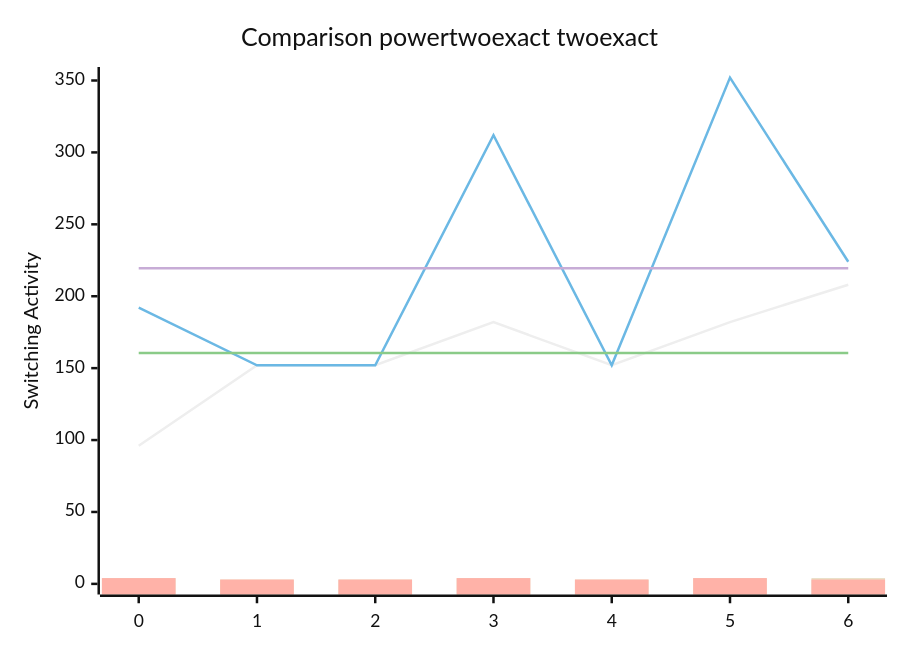
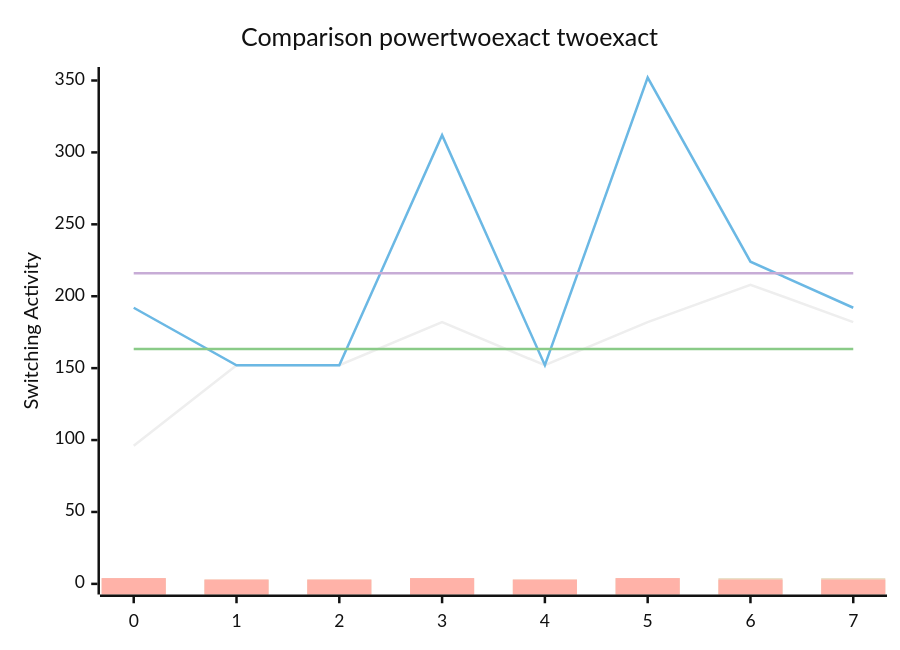
The diagram in benchmark.md (FeldmeierMichael/Exact-Power-Synthesis), drawn with Mermaid (neutral theme) before and after one commit. The commit also changed other lines of this file and 2 other files, not shown here.

````diff
--- a/benchmark.md
+++ b/benchmark.md
@@ -15,12 +17,12 @@
 ```mermaid
 xychart-beta
     title "Comparison powertwoexact twoexact"
-    x-axis [0, 1, 2, 3, 4, 5, 6]
+    x-axis [0, 1, 2, 3, 4, 5, 6, 7]
     y-axis "Switching Activity" 0-->352
-    line [96, 152, 152, 182, 152, 182, 208]
-    line [192, 152, 152, 312, 152, 352, 224]
-    line [160.57142857142858, 160.57142857142858, 160.57142857142858, 160.57142857142858, 160.57142857142858, 160.57142857142858, 160.57142857142858]
-    line [219.42857142857142, 219.42857142857142, 219.42857142857142, 219.42857142857142, 219.42857142857142, 219.42857142857142, 219.42857142857142]
-    bar [4, 3, 3, 4, 3, 4, 4, 4, 3, 3, 4, 3, 4, 4, 4, 3, 3, 4, 3, 4, 4, 4, 3, 3, 4, 3, 4, 4, 4, 3, 3, 4, 3, 4, 4, 4, 3, 3, 4, 3, 4, 4, 4, 3, 3, 4, 3, 4, 4, 4, 3, 3, 4, 3, 4, 4, 4, 3, 3, 4, 3, 4, 4, 4, 3, 3, 4, 3, 4, 4, 4, 3, 3, 4, 3, 4, 4, 4, 3, 3, 4, 3, 4, 4, 4, 3, 3, 4, 3, 4, 4, 4, 3, 3, 4, 3, 4, 4, 4, 3, 3, 4, 3, 4, 4, 4, 3, 3, 4, 3, 4, 4, 4, 3, 3, 4, 3, 4, 4, 4, 3, 3, 4, 3, 4, 4, 4, 3, 3, 4, 3, 4, 4, 4, 3, 3, 4, 3, 4, 4]
-    bar [4, 3, 3, 4, 3, 4, 3, 4, 3, 3, 4, 3, 4, 3, 4, 3, 3, 4, 3, 4, 3, 4, 3, 3, 4, 3, 4, 3, 4, 3, 3, 4, 3, 4, 3, 4, 3, 3, 4, 3, 4, 3, 4, 3, 3, 4, 3, 4, 3, 4, 3, 3, 4, 3, 4, 3, 4, 3, 3, 4, 3, 4, 3, 4, 3, 3, 4, 3, 4, 3, 4, 3, 3, 4, 3, 4, 3, 4, 3, 3, 4, 3, 4, 3, 4, 3, 3, 4, 3, 4, 3, 4, 3, 3, 4, 3, 4, 3, 4, 3, 3, 4, 3, 4, 3, 4, 3, 3, 4, 3, 4, 3, 4, 3, 3, 4, 3, 4, 3, 4, 3, 3, 4, 3, 4, 3, 4, 3, 3, 4, 3, 4, 3, 4, 3, 3, 4, 3, 4, 3]
+    line [96, 152, 152, 182, 152, 182, 208, 182]
+    line [192, 152, 152, 312, 152, 352, 224, 192]
+    line [163.25, 163.25, 163.25, 163.25, 163.25, 163.25, 163.25, 163.25]
+    line [216.0, 216.0, 216.0, 216.0, 216.0, 216.0, 216.0, 216.0]
+    bar [4, 3, 3, 4, 3, 4, 4, 4, 4, 3, 3, 4, 3, 4, 4, 4, 4, 3, 3, 4, 3, 4, 4, 4, 4, 3, 3, 4, 3, 4, 4, 4, 4, 3, 3, 4, 3, 4, 4, 4, 4, 3, 3, 4, 3, 4, 4, 4, 4, 3, 3, 4, 3, 4, 4, 4, 4, 3, 3, 4, 3, 4, 4, 4, 4, 3, 3, 4, 3, 4, 4, 4, 4, 3, 3, 4, 3, 4, 4, 4, 4, 3, 3, 4, 3, 4, 4, 4, 4, 3, 3, 4, 3, 4, 4, 4, 4, 3, 3, 4, 3, 4, 4, 4, 4, 3, 3, 4, 3, 4, 4, 4, 4, 3, 3, 4, 3, 4, 4, 4, 4, 3, 3, 4, 3, 4, 4, 4, 4, 3, 3, 4, 3, 4, 4, 4, 4, 3, 3, 4, 3, 4, 4, 4, 4, 3, 3, 4, 3, 4, 4, 4, 4, 3, 3, 4, 3, 4, 4, 4]
+    bar [4, 3, 3, 4, 3, 4, 3, 3, 4, 3, 3, 4, 3, 4, 3, 3, 4, 3, 3, 4, 3, 4, 3, 3, 4, 3, 3, 4, 3, 4, 3, 3, 4, 3, 3, 4, 3, 4, 3, 3, 4, 3, 3, 4, 3, 4, 3, 3, 4, 3, 3, 4, 3, 4, 3, 3, 4, 3, 3, 4, 3, 4, 3, 3, 4, 3, 3, 4, 3, 4, 3, 3, 4, 3, 3, 4, 3, 4, 3, 3, 4, 3, 3, 4, 3, 4, 3, 3, 4, 3, 3, 4, 3, 4, 3, 3, 4, 3, 3, 4, 3, 4, 3, 3, 4, 3, 3, 4, 3, 4, 3, 3, 4, 3, 3, 4, 3, 4, 3, 3, 4, 3, 3, 4, 3, 4, 3, 3, 4, 3, 3, 4, 3, 4, 3, 3, 4, 3, 3, 4, 3, 4, 3, 3, 4, 3, 3, 4, 3, 4, 3, 3, 4, 3, 3, 4, 3, 4, 3, 3]
 ```
````
